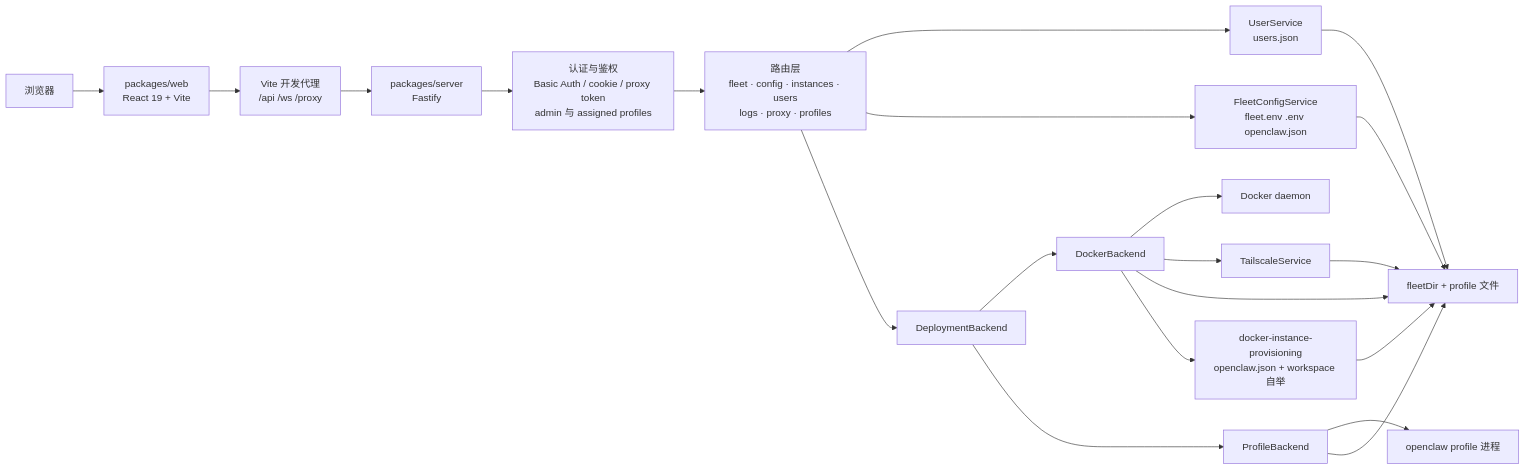
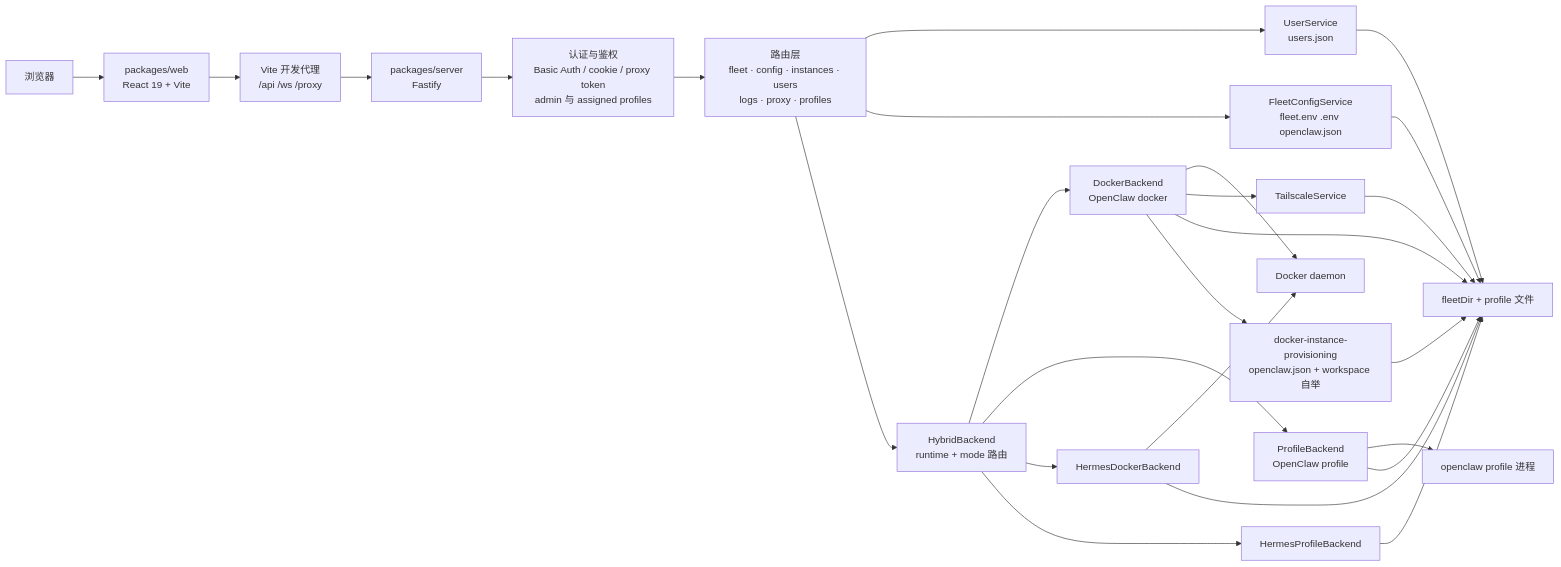
The diagram in docs/arch/README_CN.md (qiyuangong/claw-fleet-manager), drawn with Mermaid before and after one commit. The commit also changed other lines of this file and 5 other files, not shown here.

````diff
--- a/docs/arch/README_CN.md
+++ b/docs/arch/README_CN.md
@@ -21,40 +28,47 @@
 ```mermaid
 flowchart LR
     Browser["浏览器"]
     Web["packages/web<br/>React 19 + Vite"]
     Vite["Vite 开发代理<br/>/api /ws /proxy"]
     Server["packages/server<br/>Fastify"]
     Auth["认证与鉴权<br/>Basic Auth / cookie / proxy token<br/>admin 与 assigned profiles"]
     Routes["路由层<br/>fleet · config · instances · users<br/>logs · proxy · profiles"]
-    Backend["DeploymentBackend"]
-    DockerBackend["DockerBackend"]
-    ProfileBackend["ProfileBackend"]
+    Backend["HybridBackend<br/>runtime + mode 路由"]
+    OCDocker["DockerBackend<br/>OpenClaw docker"]
+    OCProfile["ProfileBackend<br/>OpenClaw profile"]
+    HermesDocker["HermesDockerBackend"]
+    HermesProfile["HermesProfileBackend"]
     UserSvc["UserService<br/>users.json"]
     FleetCfg["FleetConfigService<br/>fleet.env .env openclaw.json"]
     Provision["docker-instance-provisioning<br/>openclaw.json + workspace 自举"]
     Tail["TailscaleService"]
     Docker["Docker daemon"]
     OpenClaw["openclaw profile 进程"]
     Files["fleetDir + profile 文件"]
 
     Browser --> Web
     Web --> Vite
     Vite --> Server
     Server --> Auth
     Auth --> Routes
     Routes --> UserSvc
     Routes --> FleetCfg
     Routes --> Backend
-    Backend --> DockerBackend
-    Backend --> ProfileBackend
-    DockerBackend --> Docker
-    DockerBackend --> Tail
-    DockerBackend --> Files
-    DockerBackend --> Provision
+    Backend --> OCDocker
+    Backend --> OCProfile
+    Backend --> HermesDocker
+    Backend --> HermesProfile
+    OCDocker --> Docker
+    OCDocker --> Tail
+    OCDocker --> Files
+    OCDocker --> Provision
     Provision --> Files
-    ProfileBackend --> OpenClaw
-    ProfileBackend --> Files
+    OCProfile --> OpenClaw
+    OCProfile --> Files
+    HermesDocker --> Docker
+    HermesDocker --> Files
+    HermesProfile --> Files
     UserSvc --> Files
     FleetCfg --> Files
     Tail --> Files
 ```
````
